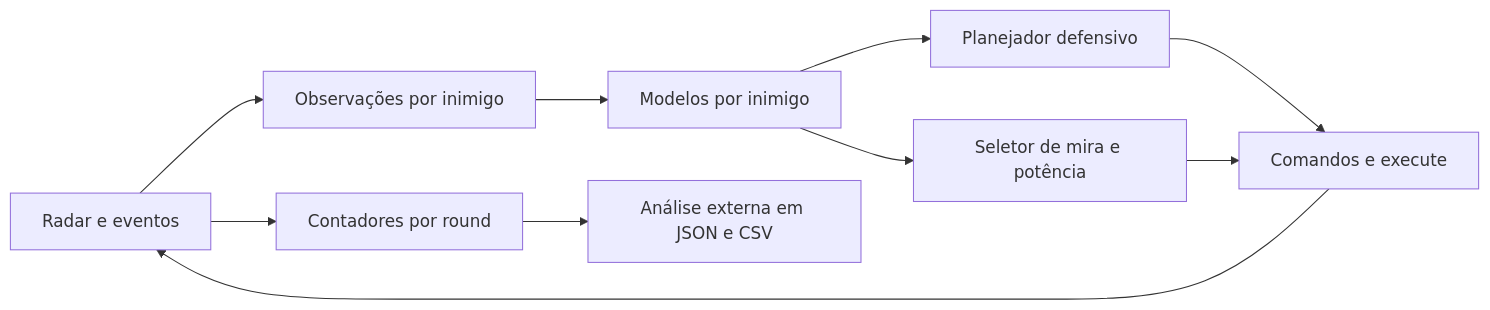
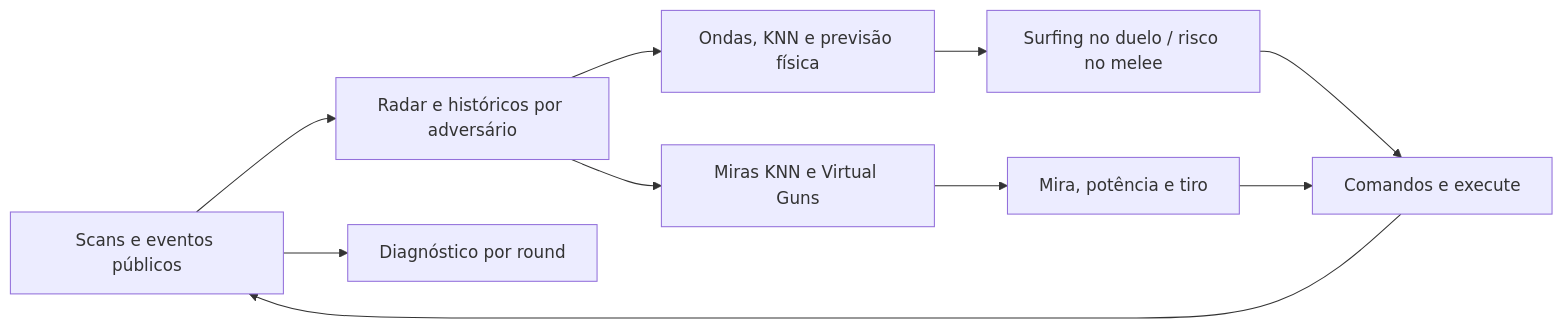
One commit to achados-e-perdidos-etc/Robocode-2027 changed the diagram in arquitetura.md. Above: the diagram before and after it, drawn with Mermaid. The commit also changed other lines of this file and 39 other files, not shown here.

````diff
--- a/arquitetura.md
+++ b/arquitetura.md
@@ -5,12 +5,12 @@
 ```mermaid
 flowchart LR
-    R[Radar e eventos] --> E[Observações por inimigo]
-    E --> M[Modelos por inimigo]
-    M --> D[Planejador defensivo]
-    M --> A[Seletor de mira e potência]
-    D --> X[Comandos e execute]
-    A --> X
-    X --> R
-    R --> T[Contadores por round]
-    T --> C[Análise externa em JSON e CSV]
+    E[Scans e eventos públicos] --> R[Radar e históricos por adversário]
+    R --> D[Ondas, KNN e previsão física]
+    R --> G[Miras KNN e Virtual Guns]
+    D --> M[Surfing no duelo / risco no melee]
+    G --> F[Mira, potência e tiro]
+    M --> X[Comandos e execute]
+    F --> X
+    X --> E
+    E --> O[Diagnóstico por round]
 ```
````
